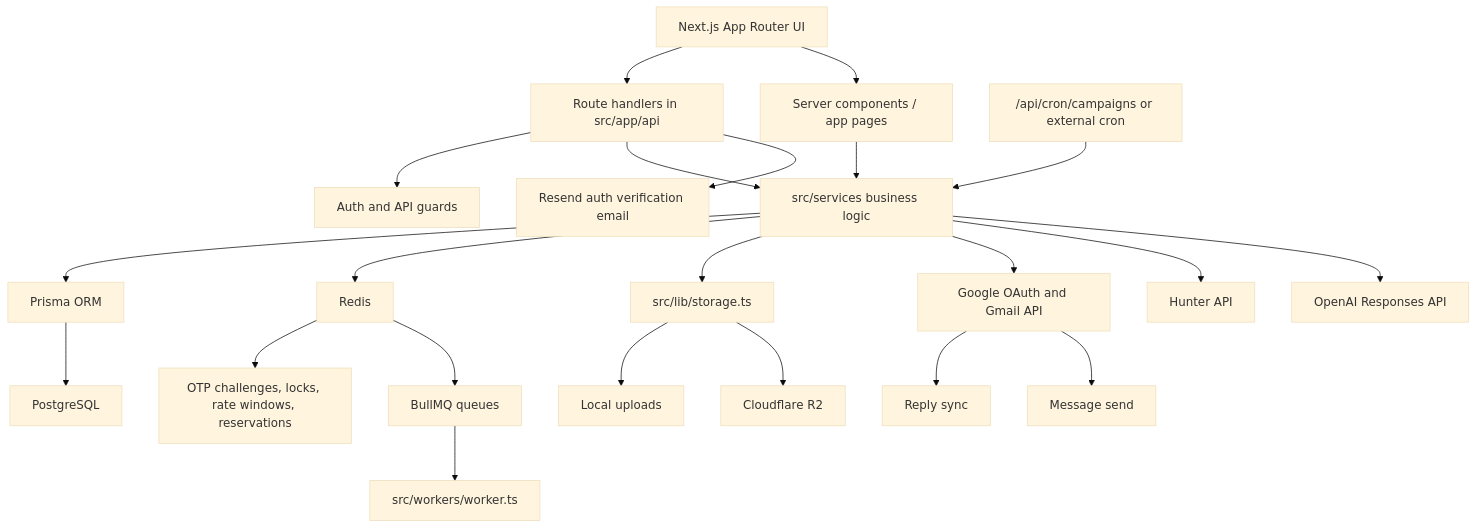
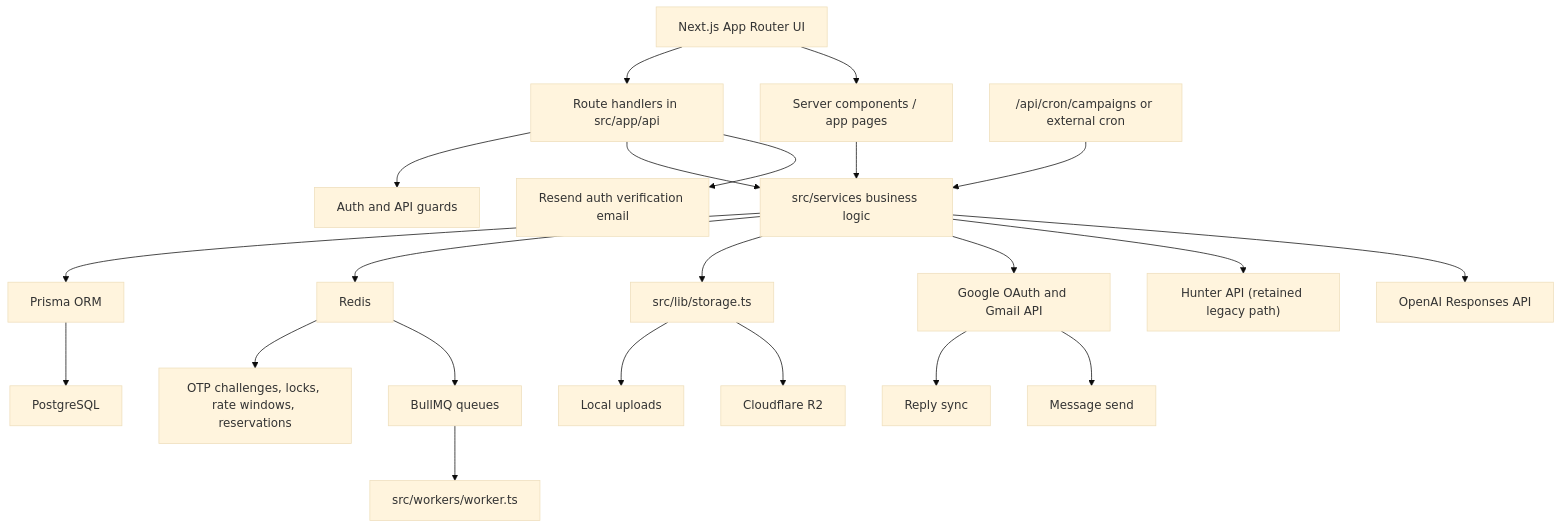
Before and after one commit to ka8540/Sendloom: the fifth of 13 diagrams in DOCUMENTATION.md, drawn with Mermaid (base theme). The commit also changed other lines of this file and 1 other file, not shown here.

Commit message:
Document Finder and Hunter UI hold

````diff
--- a/DOCUMENTATION.md
+++ b/DOCUMENTATION.md
@@ -511,24 +514,24 @@
 ```mermaid
 flowchart TD
     UI["Next.js App Router UI"] --> API["Route handlers in src/app/api"]
     UI --> SSR["Server components / app pages"]
     API --> Auth["Auth and API guards"]
     API --> Services["src/services business logic"]
     SSR --> Services
     Services --> Prisma["Prisma ORM"]
     Prisma --> Postgres["PostgreSQL"]
     Services --> Redis["Redis"]
     Redis --> Locks["OTP challenges, locks, rate windows, reservations"]
     Redis --> BullMQ["BullMQ queues"]
     BullMQ --> Workers["src/workers/worker.ts"]
     Cron["/api/cron/campaigns or external cron"] --> Services
     Services --> Storage["src/lib/storage.ts"]
     Storage --> Local["Local uploads"]
     Storage --> R2["Cloudflare R2"]
     Services --> Gmail["Google OAuth and Gmail API"]
     API --> Resend["Resend auth verification email"]
-    Services --> Hunter["Hunter API"]
+    Services --> Hunter["Hunter API (retained legacy path)"]
     Services --> OpenAI["OpenAI Responses API"]
     Gmail --> Replies["Reply sync"]
     Gmail --> Sends["Message send"]
 ```
````
